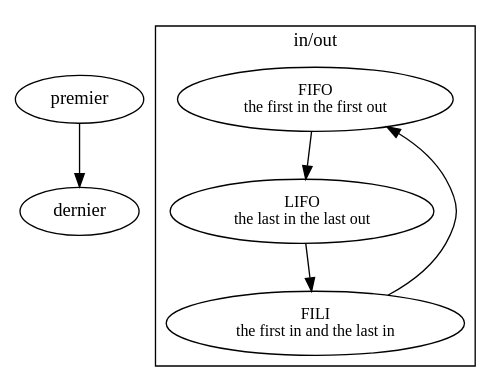
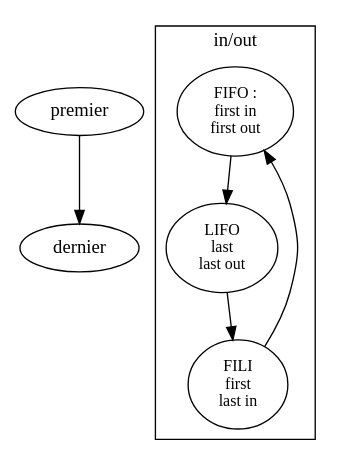
One commit to ensad-nancy/first-last changed the diagram in sujet.dot. Above: the diagram before and after it, drawn with Graphviz.

Commit message:
+		FIFO [label="FIFO :\nfirst in\nfirst out"] +		LIFO [label="LIFO\nlast\nlast out"] +		FILI [label="FILI\nfirst\n last in"]

```diff
--- a/sujet.dot
+++ b/sujet.dot
@@ -1,22 +1,22 @@
 digraph {
 
 	premier -> dernier
 	fontname="myriadpro"
 	fontsize = 14
 	
 	node [fontname="myriadpro", fontsize = 12]
 	edge [fontname="monaco", fontsize = 10]
 	
 
 	subgraph cluster_FO{
 	
 		label="in/out"
 		
-		FIFO [label="FIFO\nthe first in the first out"]
-		LIFO [label="LIFO\nthe last in the last out"]
-		FILI [label="FILI\nthe first in and the last in"]
+		FIFO [label="FIFO :\nfirst in\nfirst out"]
+		LIFO [label="LIFO\nlast\nlast out"]
+		FILI [label="FILI\nfirst\n last in"]
 
 		FILI -> FIFO -> LIFO -> FILI
 	}
 	
 }
```
